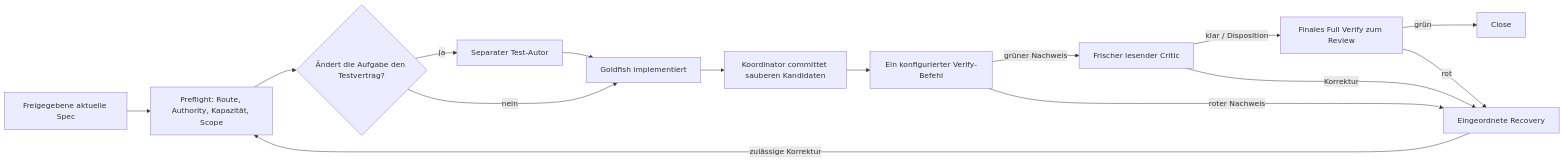
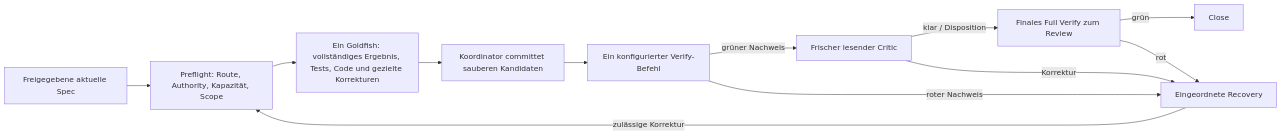
The second of 2 diagrams in PIPELINE_FLOW.de.md (agent-pipe-shared/agent-pipeline), drawn with Mermaid before and after one commit. The commit also changed other lines of this file and 316 other files, not shown here.

````diff
--- a/PIPELINE_FLOW.de.md
+++ b/PIPELINE_FLOW.de.md
@@ -152,17 +149,14 @@
 ```mermaid
 flowchart LR
     SP[Freigegebene aktuelle Spec] --> PF[Preflight: Route, Authority, Kapazität, Scope]
-    PF --> TD{Ändert die Aufgabe den Testvertrag?}
-    TD -->|ja| T[Separater Test-Autor]
-    TD -->|nein| G[Goldfish implementiert]
-    T --> G
+    PF --> G[Ein Goldfish: vollständiges Ergebnis, Tests, Code und gezielte Korrekturen]
     G --> CM[Koordinator committet sauberen Kandidaten]
     CM --> VE[Ein konfigurierter Verify-Befehl]
     VE -->|grüner Nachweis| CR[Frischer lesender Critic]
     VE -->|roter Nachweis| RE[Eingeordnete Recovery]
     CR -->|klar / Disposition| FV[Finales Full Verify zum Review]
     FV -->|grün| CO[Close]
     FV -->|rot| RE
     CR -->|Korrektur| RE
     RE -->|zulässige Korrektur| PF
 ```
````
